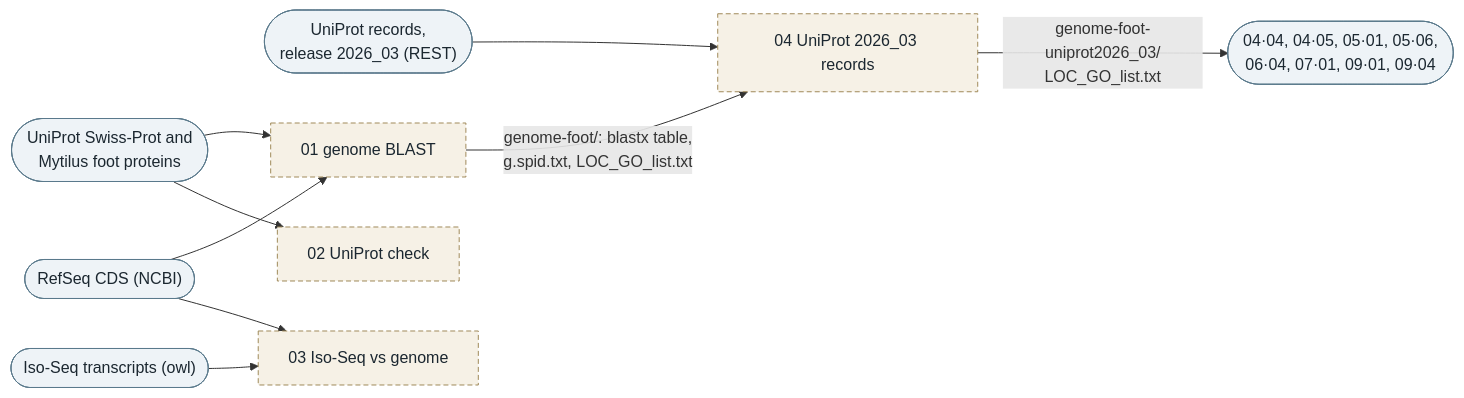
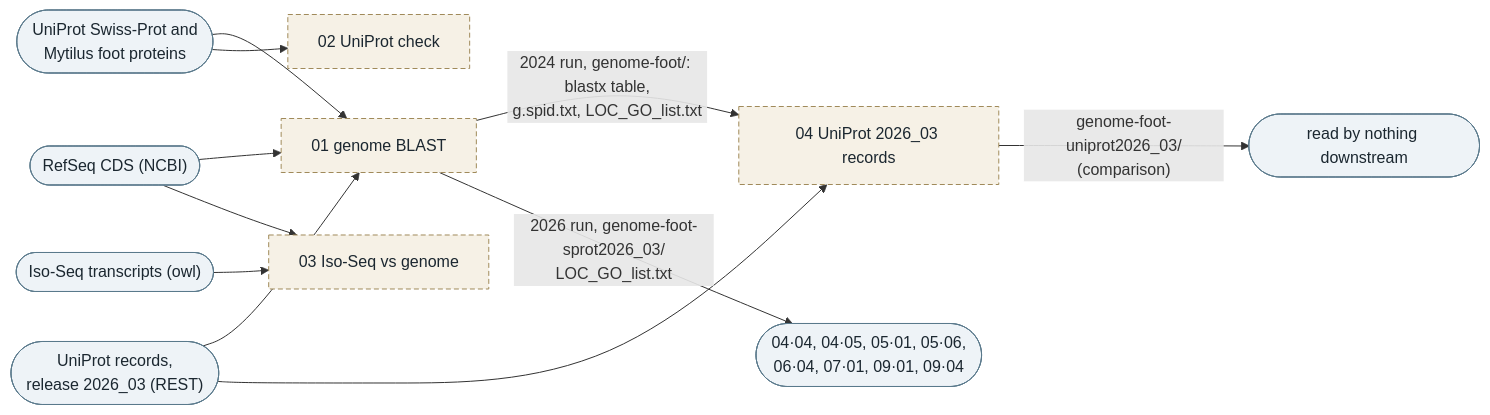
Before and after one commit to mattgeorgephd/PSMFC-mytilus-byssus-pilot: the third of 9 diagrams in README.md, drawn with Mermaid. The commit also changed other lines of this file and 24 other files, not shown here.

First line of the commit message:
Read the 2026 genome blast downstream; extend the byssal keyword rules

````diff
--- a/README.md
+++ b/README.md
@@ -233,23 +235,25 @@
 ```mermaid
 flowchart LR
   ncbi(["RefSeq CDS (NCBI)"])
   uni(["UniProt Swiss-Prot and<br>Mytilus foot proteins"])
   iso(["Iso-Seq transcripts (owl)"])
   rec(["UniProt records,<br>release 2026_03 (REST)"])
   b1["01 genome BLAST"]
   b2["02 UniProt check"]
   b3["03 Iso-Seq vs genome"]
   b4["04 UniProt 2026_03 records"]
   ncbi --> b1
   uni --> b1
   uni --> b2
   iso --> b3
   ncbi --> b3
-  b1 -- "genome-foot/: blastx table,<br>g.spid.txt, LOC_GO_list.txt" --> b4
+  rec --> b1
+  b1 -- "2024 run, genome-foot/: blastx table,<br>g.spid.txt, LOC_GO_list.txt" --> b4
   rec --> b4
-  b4 -- "genome-foot-uniprot2026_03/<br>LOC_GO_list.txt" --> out(["04·04, 04·05, 05·01, 05·06,<br>06·04, 07·01, 09·01, 09·04"])
+  b4 -- "genome-foot-uniprot2026_03/<br>(comparison)" --> cmp(["read by nothing downstream"])
+  b1 -- "2026 run, genome-foot-sprot2026_03/<br>LOC_GO_list.txt" --> out(["04·04, 04·05, 05·01, 05·06,<br>06·04, 07·01, 09·01, 09·04"])
   classDef ext fill:#eef3f7,stroke:#5b7a8c,color:#1b2730
   classDef off fill:#f6f1e6,stroke:#a08a5a,stroke-dasharray:5 3,color:#1b2730
-  class ncbi,uni,iso,rec,out ext
+  class ncbi,uni,iso,rec,out,cmp ext
   class b1,b2,b3,b4 off
 ```
````
